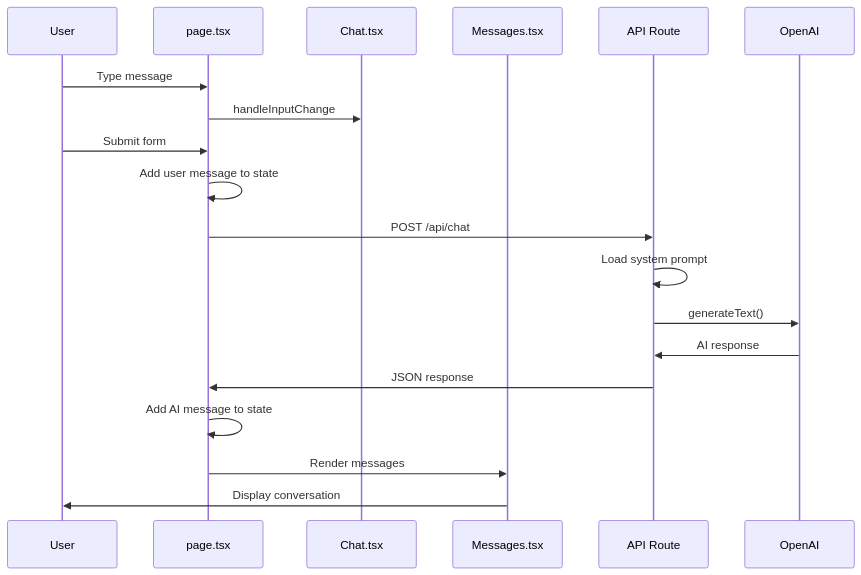
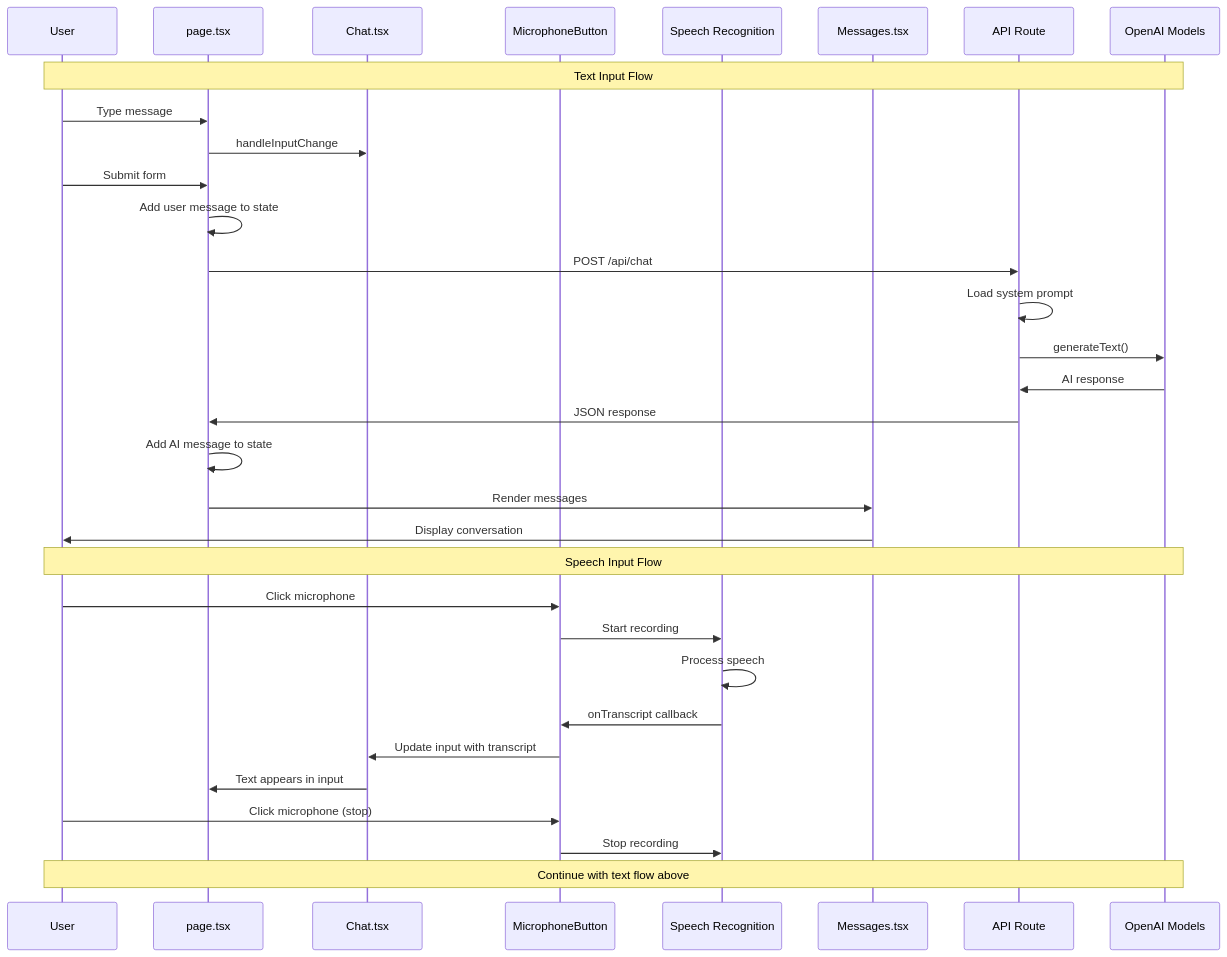
Before and after one commit to andrewdeanyoder/siebert-ai: the third of 6 diagrams in docs/architecture/current-architecture.md, drawn with Mermaid. The commit also changed other lines of this file and 13 other files, not shown here.

````diff
--- a/docs/architecture/current-architecture.md
+++ b/docs/architecture/current-architecture.md
@@ -73,22 +91,36 @@
 ```mermaid
 sequenceDiagram
     participant U as User
     participant P as page.tsx
     participant C as Chat.tsx
+    participant MB as MicrophoneButton
+    participant SR as Speech Recognition
     participant M as Messages.tsx
     participant A as API Route
-    participant O as OpenAI
+    participant O as OpenAI Models
 
+    Note over U,O: Text Input Flow
     U->>P: Type message
     P->>C: handleInputChange
     U->>P: Submit form
     P->>P: Add user message to state
     P->>A: POST /api/chat
     A->>A: Load system prompt
     A->>O: generateText()
     O->>A: AI response
     A->>P: JSON response
     P->>P: Add AI message to state
     P->>M: Render messages
     M->>U: Display conversation
+
+    Note over U,O: Speech Input Flow
+    U->>MB: Click microphone
+    MB->>SR: Start recording
+    SR->>SR: Process speech
+    SR->>MB: onTranscript callback
+    MB->>C: Update input with transcript
+    C->>P: Text appears in input
+    U->>MB: Click microphone (stop)
+    MB->>SR: Stop recording
+    Note over U,O: Continue with text flow above
 ```
````
